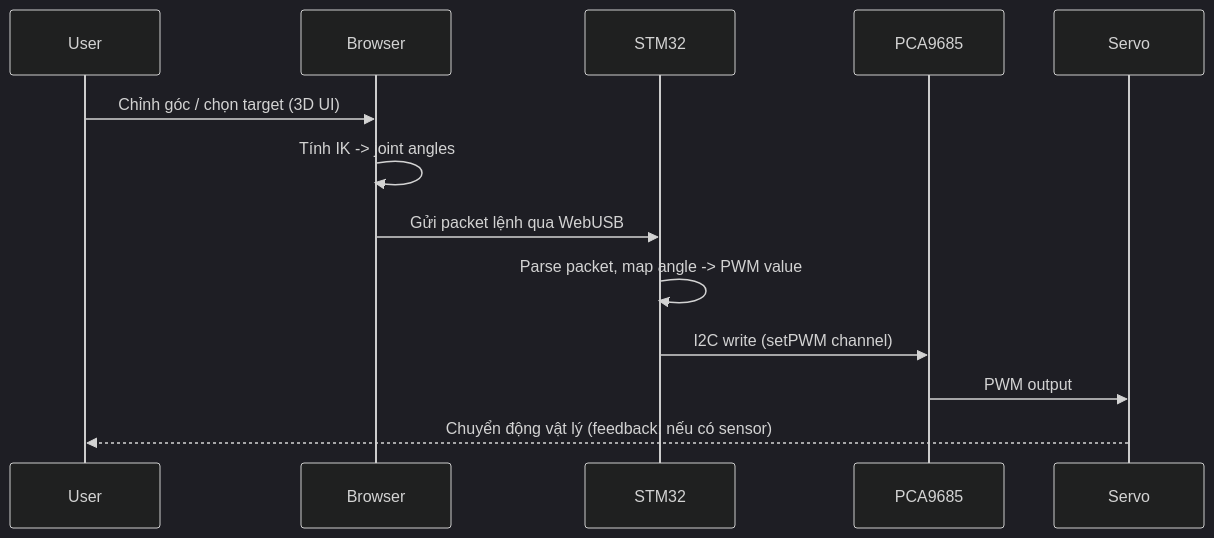
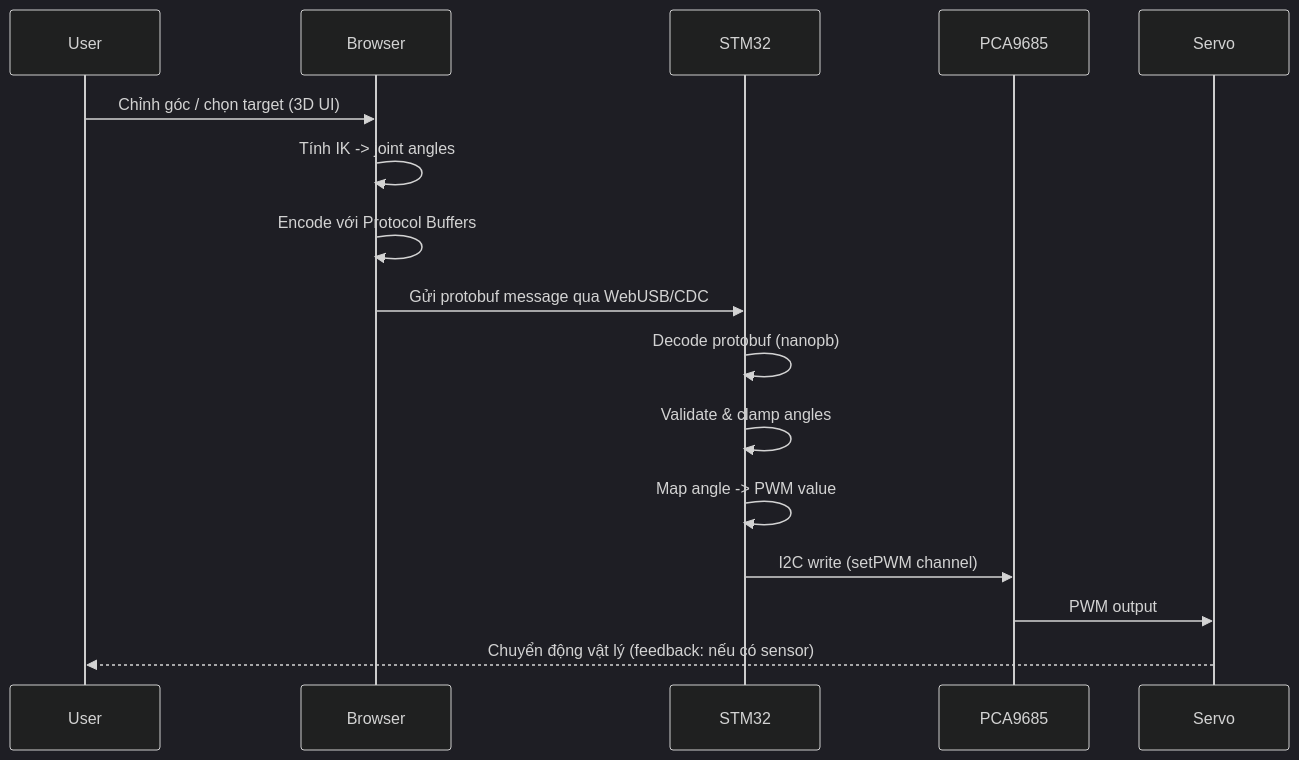
The second of 2 diagrams in docs/summary.md (thuongton999/openarm), drawn with Mermaid (dark theme) before and after one commit. The commit also changed other lines of this file and 30 other files, not shown here.

Commit message:
feat(firmware): Introduce ISR-to-Task architecture for USB CDC data processing; implement semaphore for non-blocking data handling; enhance documentation with changelog and architecture details; update FreeRTOS configuration for new protocol parser task.

````diff
--- a/docs/summary.md
+++ b/docs/summary.md
@@ -40,16 +42,19 @@
 ```mermaid
 sequenceDiagram
   participant User
   participant Browser
   participant STM32
   participant PCA9685
   participant Servo
 
   User->>Browser: Chỉnh góc / chọn target (3D UI)
   Browser->>Browser: Tính IK -> joint angles
-  Browser->>STM32: Gửi packet lệnh qua WebUSB
-  STM32->>STM32: Parse packet, map angle -> PWM value
+  Browser->>Browser: Encode với Protocol Buffers
+  Browser->>STM32: Gửi protobuf message qua WebUSB/CDC
+  STM32->>STM32: Decode protobuf (nanopb)
+  STM32->>STM32: Validate & clamp angles
+  STM32->>STM32: Map angle -> PWM value
   STM32->>PCA9685: I2C write (setPWM channel)
   PCA9685->>Servo: PWM output
   Servo-->>User: Chuyển động vật lý (feedback: nếu có sensor)
 ```
````
